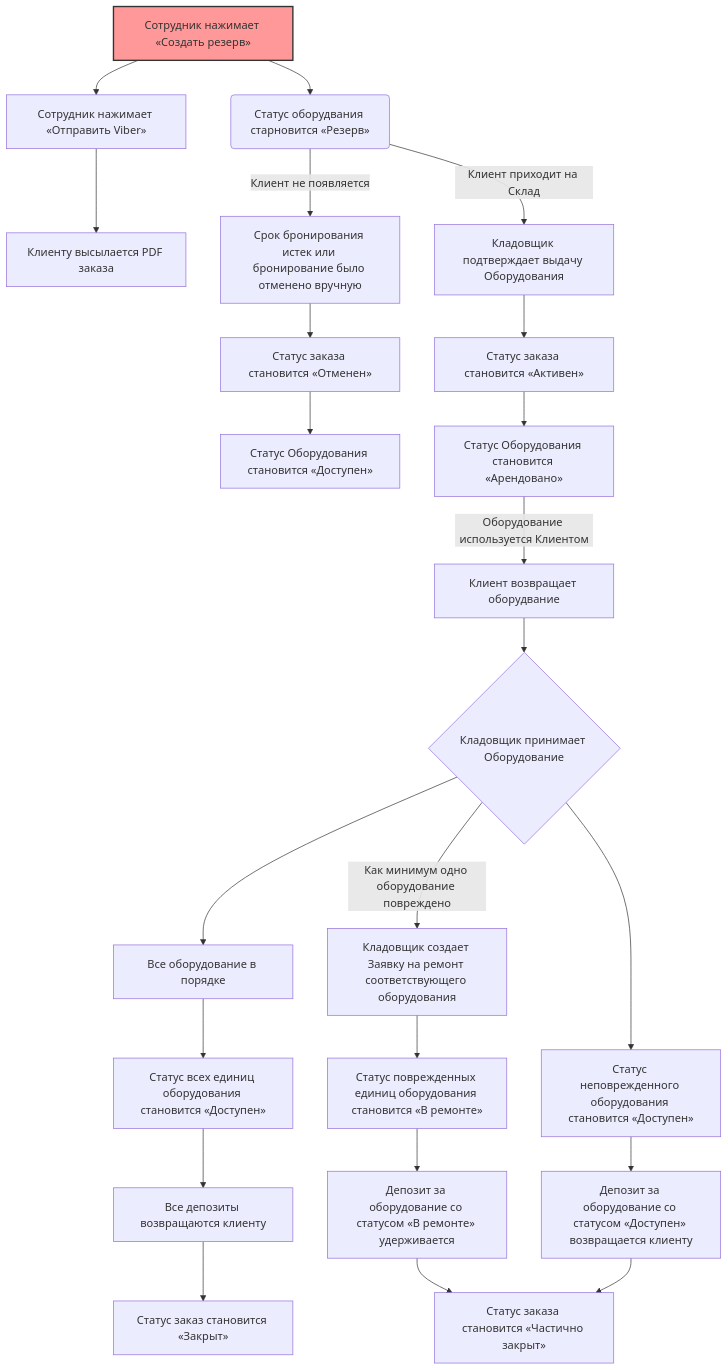
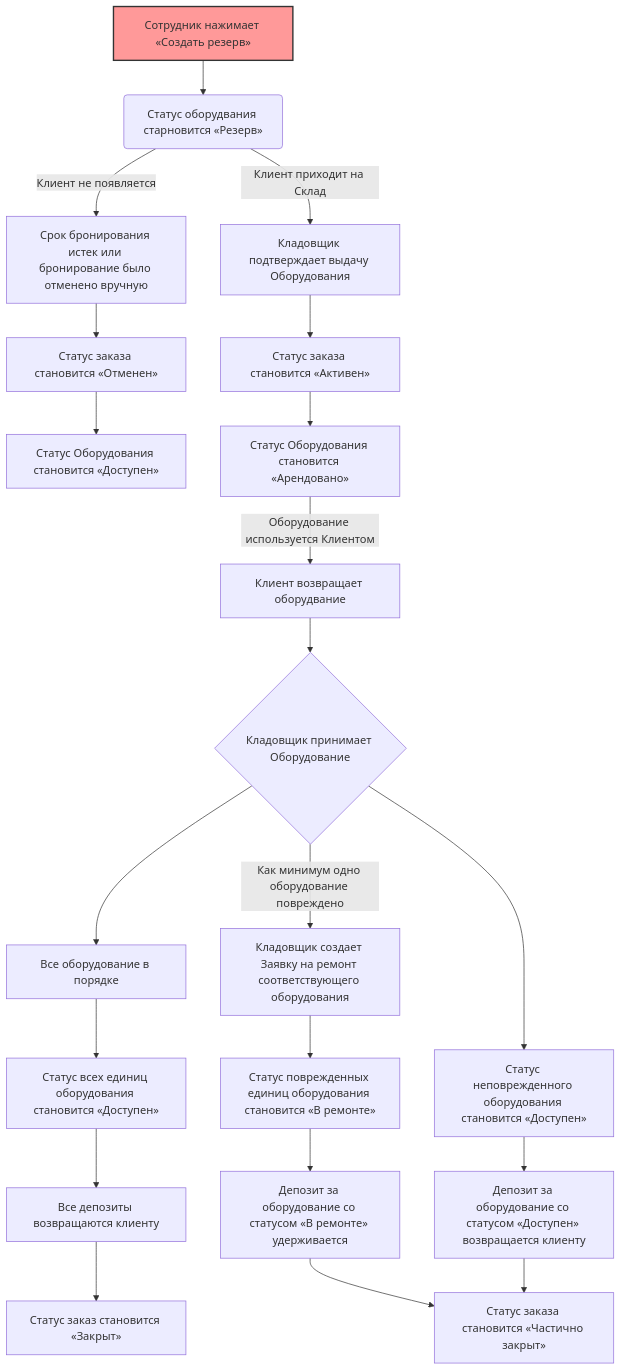
One commit to Diamko94/rentals1 changed the diagram in flowchart4.md. Above: the diagram before and after it, drawn with Mermaid.

````diff
--- a/flowchart4.md
+++ b/flowchart4.md
@@ -1,38 +1,36 @@
 ```mermaid
 flowchart TD
 
  %% Выделение цветом
     style D1 fill:#ff9999,stroke:#333,stroke-width:2px
   
-    D1[Сотрудник нажимает «Создать резерв»]
 
     %% Подтверждение
-    D1 --> D3[Сотрудник нажимает «Отправить Viber»]
-    D3 --> D4[Клиенту высылается PDF заказа] 
+    D1[Сотрудник нажимает «Создать резерв»]
     D1 --> B(Статус оборудвания старновится «Резерв»)
 
     %% Выдача
     B --> |Клиент приходит на Склад| I[Кладовщик подтверждает выдачу Оборудования]
     B --> |Клиент не появляется| E[Срок бронирования истек или бронирование было отменено вручную]
     E --> F[Статус заказа становится «Отменен»]
     I --> J[Статус заказа становится «Активен»]
     F --> C[Статус Оборудования становится «Доступен»]
     J --> X[Статус Оборудования становится «Арендовано»]
 
     %% Возврат
     X --> |Оборудование используется Клиентом| K[Клиент возвращает оборудвание]
     K --> L{Кладовщик принимает Оборудование}
     L --> M[Все оборудование в порядке] 
     M --> N[Статус всех единиц оборудования становится «Доступен»]
     L --> |Как минимум одно оборудование повреждено| P[Кладовщик создает Заявку на ремонт соответствующего оборудования]
     P --> R[Статус поврежденных единиц оборудования становится «В ремонте»]
     L --> T[Статус неповрежденного оборудования становится «Доступен»]
 
     %% Расчет
     N --> Q[Все депозиты возвращаются клиенту]
     Q --> V[Статус заказ становится «Закрыт»]
     R --> S[Депозит за оборудование со статусом «В ремонте» удерживается]
     T --> U[Депозит за оборудование со статусом «Доступен» возвращается клиенту]
     S --> W[Статус заказа становится «Частично закрыт»]
     U --> W[Статус заказа становится «Частично закрыт»]
 ```
````
